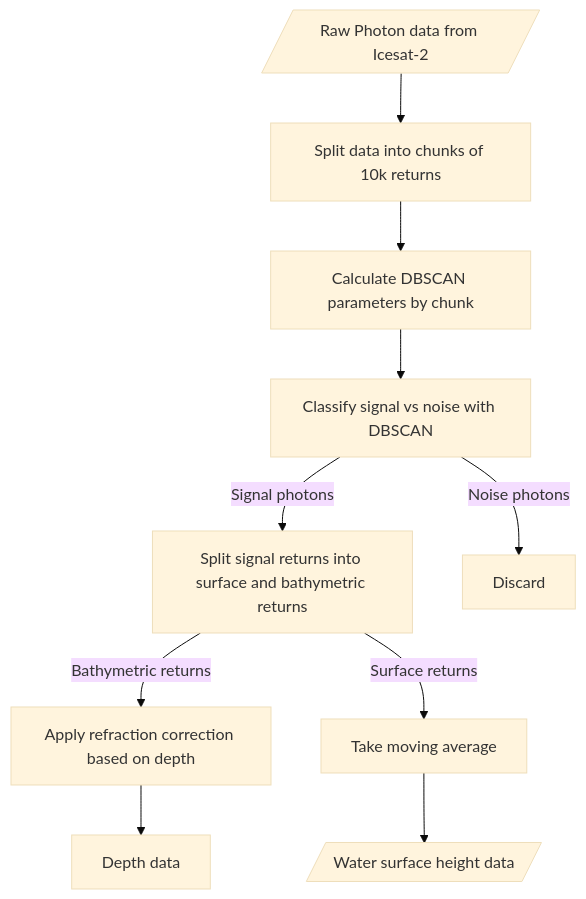
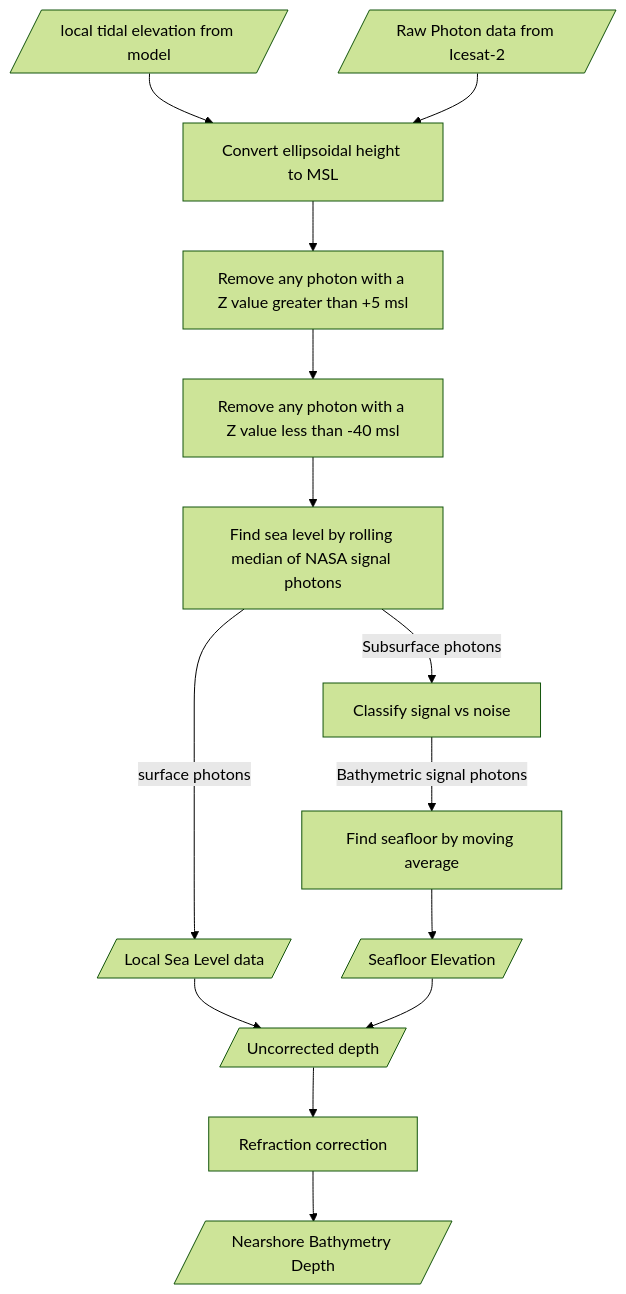
Before and after one commit to mlinds/thesis: the diagram in document/figures/approach.mmd, drawn with Mermaid. The commit also changed 1 other file, not shown here.

Commit message:
Update approach graph

```diff
--- a/document/figures/approach.mmd
+++ b/document/figures/approach.mmd
@@ -1,15 +1,23 @@
-%%{init: {'theme':'base'}}%%
+%%{init: {'theme':'forest'}}%%
 flowchart TD
+    %% 
     ph[/Raw Photon data from Icesat-2/] 
-    dbscan[Classify signal vs noise with DBSCAN]
-    chunk[Split data into chunks of 10k returns]
-    dbs_params[Calculate DBSCAN parameters by chunk]
-    find_surface_ph[Split signal returns into surface and bathymetric returns]
-    ph-->chunk-->dbs_params-->dbscan --> |Signal photons| find_surface_ph
+    strip_high[Remove any photon with a Z value greater than +5 msl]
+    strip_lo[Remove any photon with a Z value less than -40 msl]
+    msl[Find sea level by rolling median of NASA signal photons]
+    SNsplit[Classify signal vs noise]
+    msldata[/Local Sea Level data/]
+    tidemodel[/local tidal elevation from model/]
+    tides[Convert ellipsoidal height to MSL]
+    mov_avg_seafloor[Find seafloor by moving average]
+    seafloorheight[/Seafloor Elevation/]
+    uncorr[/Uncorrected depth/]
+    refr[Refraction correction]
+    msl-->|surface photons| msldata --> uncorr
 
-    dbscan --> |Noise photons| disc[Discard]
-    refr[Apply refraction correction based on depth]
-
-    find_surface_ph --> |Bathymetric returns| refr
-    find_surface_ph --> |Surface returns| mvavg[Take moving average] --> wsheight[/Water surface height data/]
-    refr --> dep[Depth data]
+    SNsplit -->|Bathymetric signal photons| mov_avg_seafloor-->seafloorheight --> uncorr
+    %%SNsplit --> |Noise photons| disc[Discard]
+    tidemodel-->tides
+    ph-->tides-->strip_high-->strip_lo-->msl 
+    msl-->|Subsurface photons|SNsplit
+    uncorr --> refr --> bathydata[/Nearshore Bathymetry Depth/]
```
